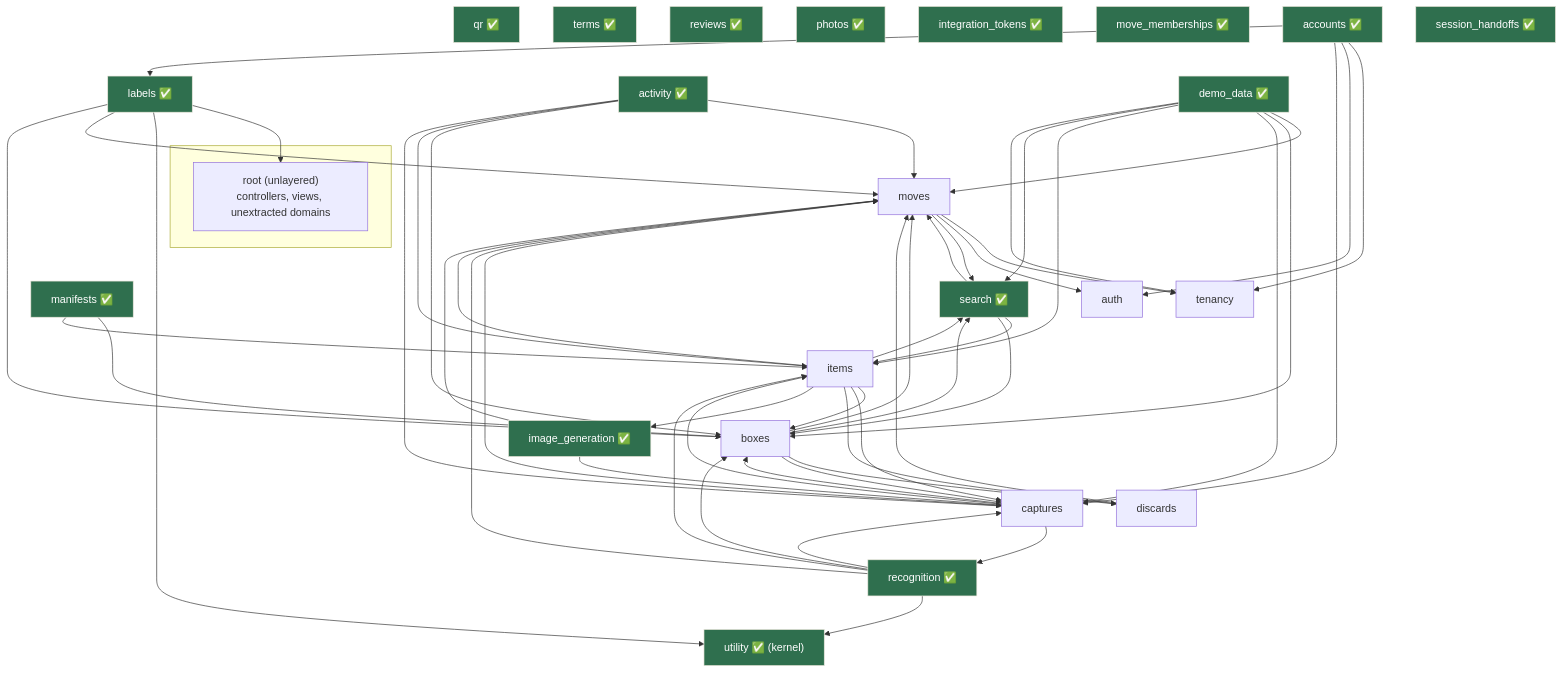
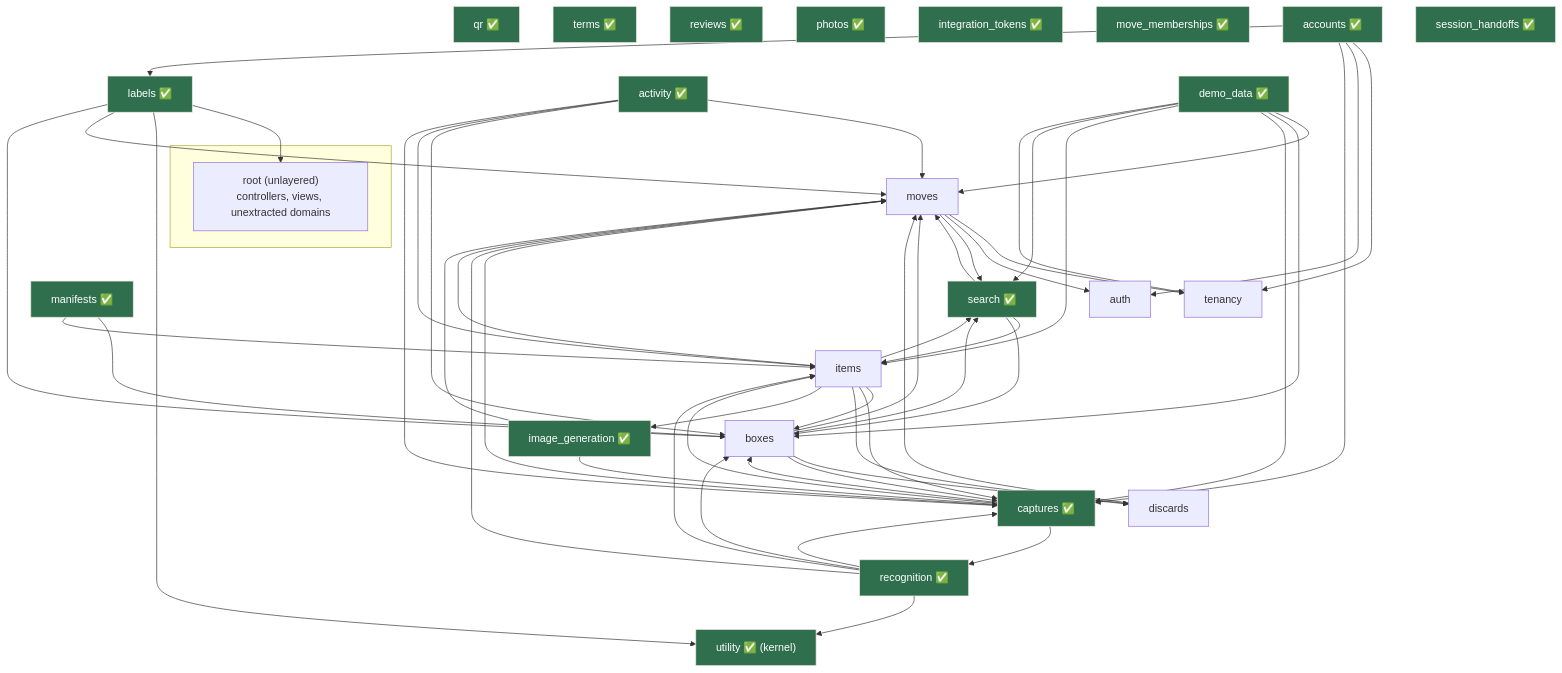
Before and after one commit to joel/move: the diagram in doc/project/packwerk-boundaries.md, drawn with Mermaid. The commit also changed 10 other files, not shown here.

Commit message:
docs(packwerk): mark captures extracted (+ regen diagrams)

````diff
--- a/doc/project/packwerk-boundaries.md
+++ b/doc/project/packwerk-boundaries.md
@@ -154,48 +154,48 @@
 ```mermaid
 graph TD
     subgraph application [" "]
       root["root (unlayered)<br/>controllers, views, unextracted domains"]
     end
 
     labels["labels ✅"]
     utility["utility ✅ (kernel)"]
     boxes["boxes"]
     items["items"]
     moves["moves"]
-    captures["captures"]
+    captures["captures ✅"]
     recognition["recognition ✅"]
     search["search ✅"]
     image_gen["image_generation ✅"]
     activity["activity ✅"]
     qr["qr ✅"]
     terms["terms ✅"]
     reviews["reviews ✅"]
     photos["photos ✅"]
     integration_tokens["integration_tokens ✅"]
     move_memberships["move_memberships ✅"]
     manifests["manifests ✅"]
     discards["discards"]
     accounts["accounts ✅"]
     demo["demo_data ✅"]
     tenancy["tenancy"]
     session_handoffs["session_handoffs ✅"]
     auth["auth"]
 
     labels --> root & utility
     boxes --> moves & discards & search & captures
     items --> boxes & moves & captures & discards & image_gen & search
     captures --> moves & boxes & items & recognition
     recognition --> moves & boxes & items & captures & utility
     search --> moves & items & boxes
     moves --> tenancy & auth & search
     image_gen --> moves & captures
     activity --> moves & boxes & items & captures
     manifests --> boxes & items
     labels --> moves & boxes
     accounts --> tenancy & auth & captures & labels
     demo --> moves & boxes & captures & items & search & tenancy
     discards --> moves
 
     classDef done fill:#2f6f4e,stroke:#ECE7DC,color:#fff;
-    class labels,utility,manifests,search,recognition,activity,qr,terms,reviews,photos,integration_tokens,move_memberships,session_handoffs,accounts,vocabularies,image_gen,demo done;
+    class labels,utility,manifests,search,recognition,activity,qr,terms,reviews,photos,integration_tokens,move_memberships,session_handoffs,accounts,vocabularies,image_gen,demo,captures done;
 ```
````
